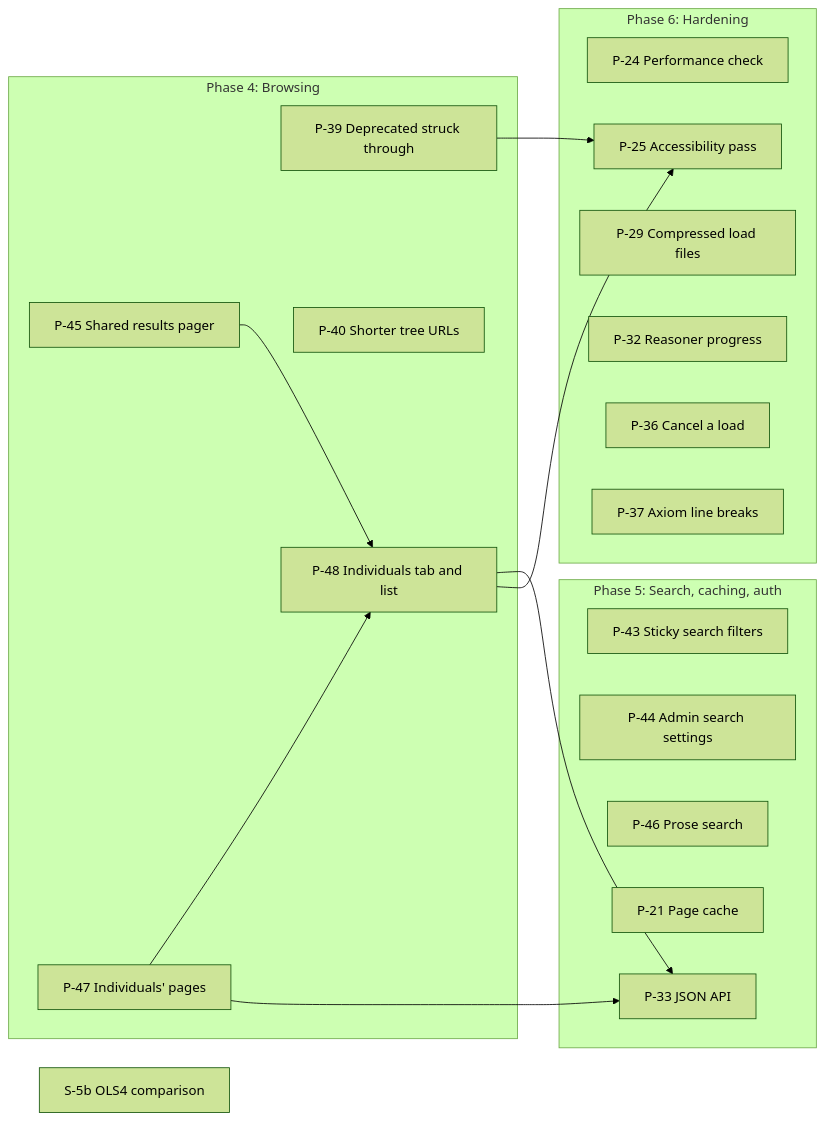
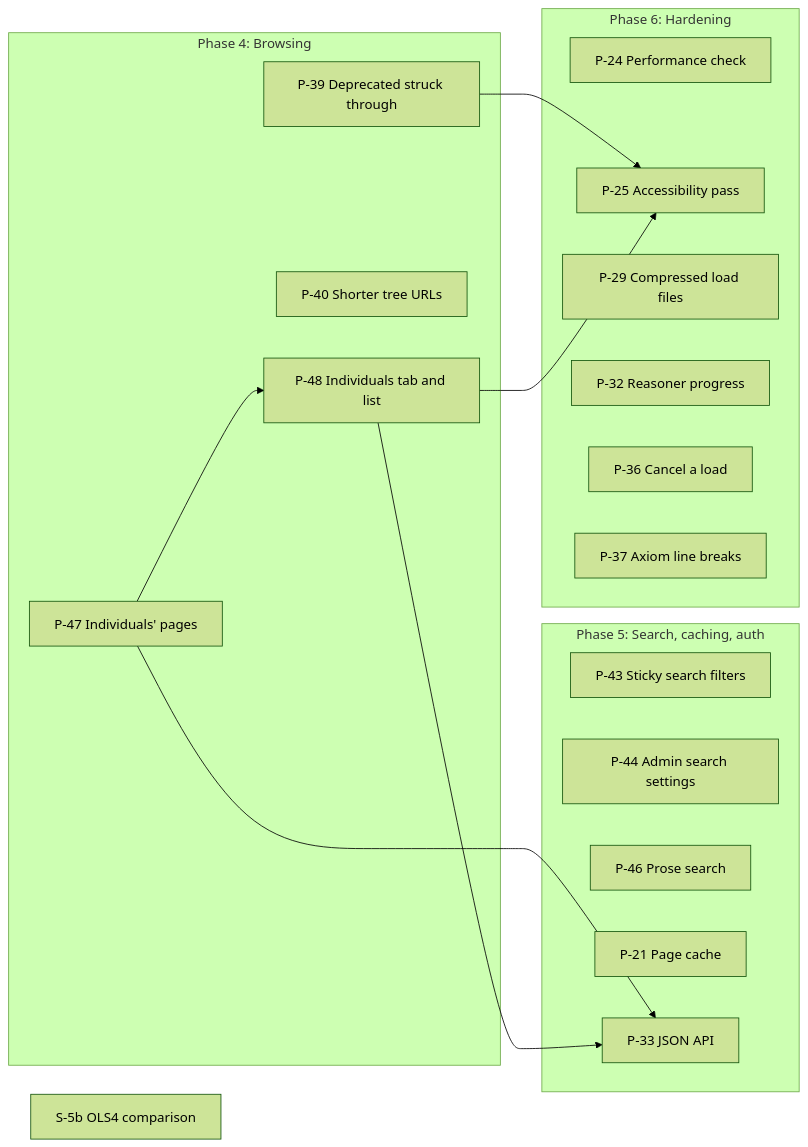
One commit to jclerman/browl changed the diagram in docs/DESIGN.md. Above: the diagram before and after it, drawn with Mermaid (forest theme). The commit also changed other lines of this file and 13 other files, not shown here.

First line of the commit message:
P-45: Share one results pager between the Usage tab and search

````diff
--- a/docs/DESIGN.md
+++ b/docs/DESIGN.md
@@ -2243,33 +2248,31 @@
 ```mermaid
 flowchart LR
     subgraph P4["Phase 4: Browsing"]
         P39["P-39 Deprecated struck through"]
         P40["P-40 Shorter tree URLs"]
-        P45["P-45 Shared results pager"]
         P47["P-47 Individuals' pages"]
         P48["P-48 Individuals tab and list"]
     end
     subgraph P5["Phase 5: Search, caching, auth"]
         P43["P-43 Sticky search filters"]
         P44["P-44 Admin search settings"]
         P46["P-46 Prose search"]
         P21["P-21 Page cache"]
         P33["P-33 JSON API"]
     end
     subgraph P6["Phase 6: Hardening"]
         P24["P-24 Performance check"]
         P25["P-25 Accessibility pass"]
         P29["P-29 Compressed load files"]
         P32["P-32 Reasoner progress"]
         P36["P-36 Cancel a load"]
         P37["P-37 Axiom line breaks"]
     end
     S5b["S-5b OLS4 comparison"]
 
     P39 --> P25
     P47 --> P48
-    P45 --> P48
     P47 --> P33
     P48 --> P33
     P48 --> P25
 ```
````
